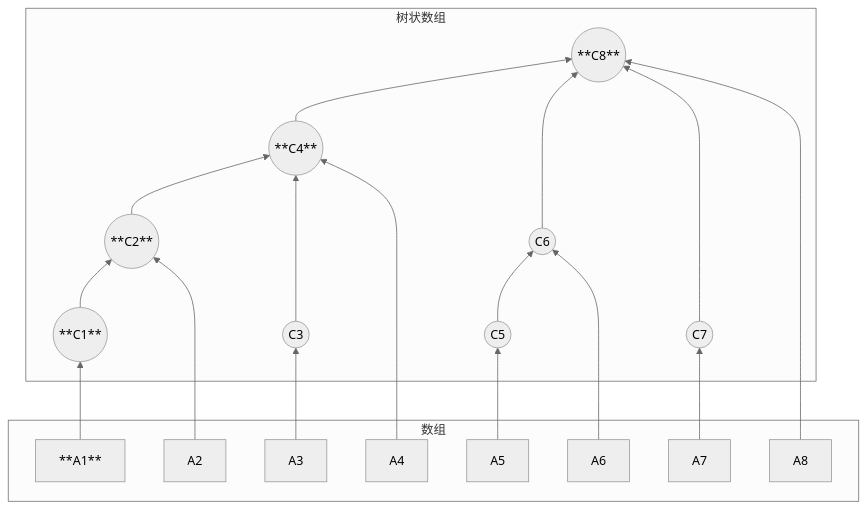
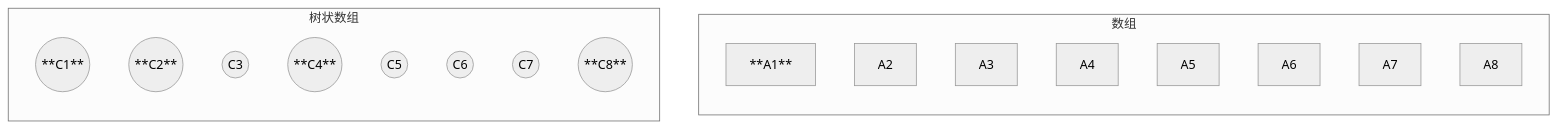
Before and after one commit to dmjcb/SelfBlog: the second of 3 diagrams in DataStructures/Graph/2022-02-13-树状数组.md, drawn with Mermaid (neutral theme). The commit also changed other lines of this file and 224 other files, not shown here.

````diff
--- a/DataStructures/Graph/2022-02-13-树状数组.md
+++ b/DataStructures/Graph/2022-02-13-树状数组.md
@@ -109,33 +101,25 @@
 ```mermaid
 graph BT;
     subgraph 数组
         A1[**A1**]
         A2[A2]
         A3[A3]
         A4[A4]
         A5[A5]
         A6[A6]
         A7[A7]
         A8[A8]
     end
 
     subgraph 树状数组
         C1((**C1**))
         C2((**C2**))
         C3((C3))
         C4((**C4**))
         C5((C5))
         C6((C6))
         C7((C7))
         C8((**C8**))
     end
 
-    A1 --> C1 --> C2
-    A2 --> C2 --> C4
-    A3 --> C3 --> C4
-    A4 --> C4 --> C8
-    A5 --> C5 --> C6
-    A6 --> C6 --> C8
-    A7 --> C7 --> C8
-    A8 --> C8
 ```
````
